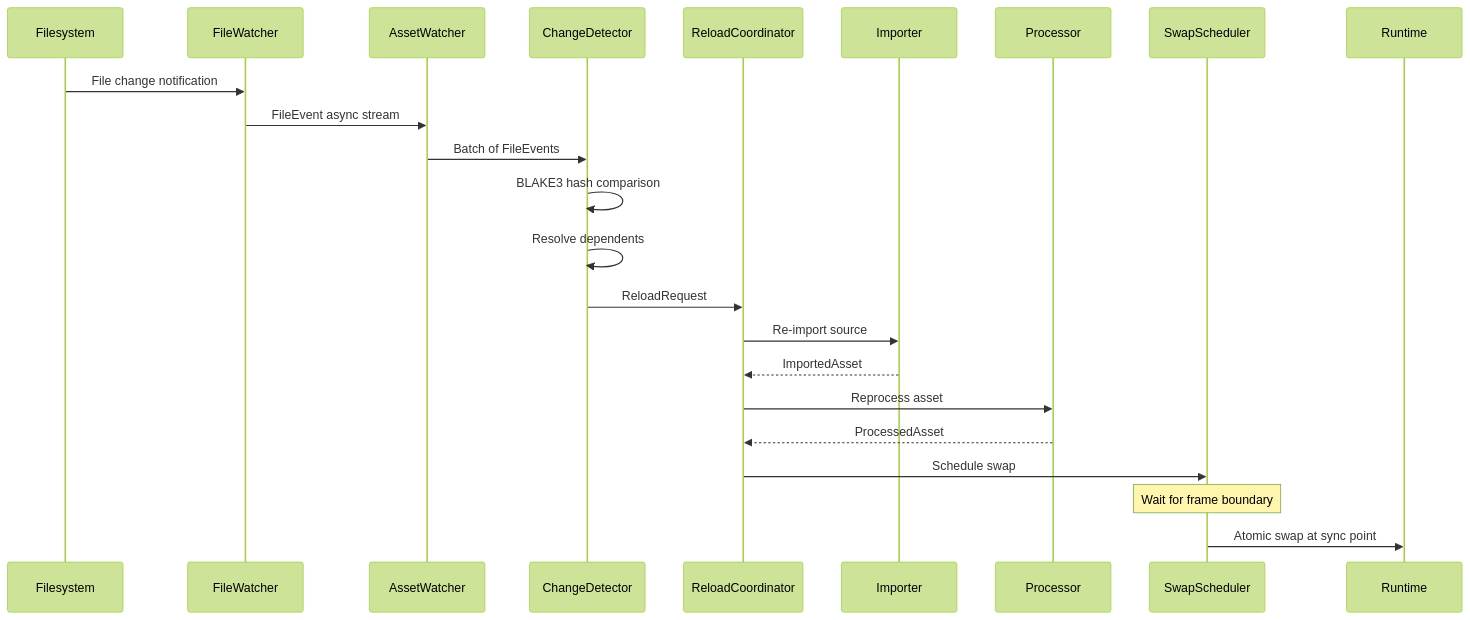
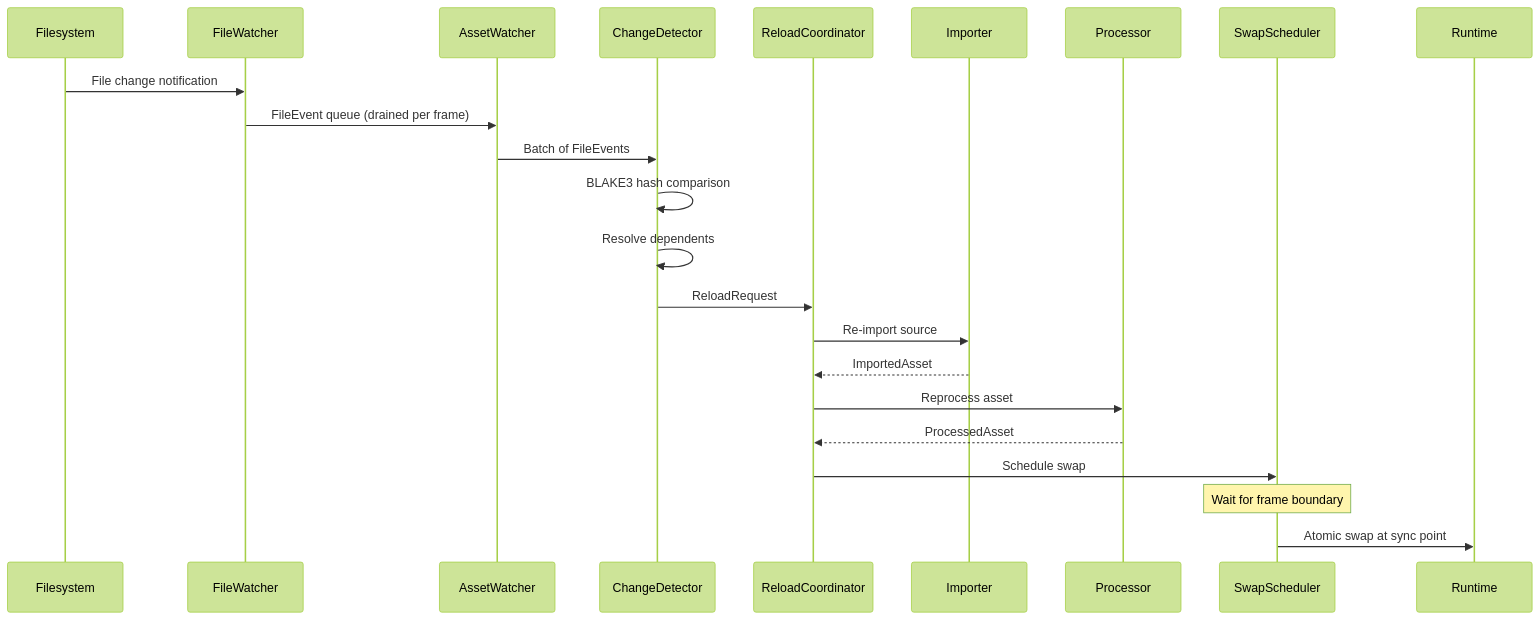
Before and after one commit to harmonius-dev/harmonius: the third of 8 diagrams in docs/design/content-pipeline/asset-pipeline.md, drawn with Mermaid (forest theme). The commit also changed other lines of this file and 143 other files, not shown here.

````diff
--- a/docs/design/content-pipeline/asset-pipeline.md
+++ b/docs/design/content-pipeline/asset-pipeline.md
@@ -280,28 +288,28 @@
 ```mermaid
 sequenceDiagram
     participant FS as Filesystem
     participant FW as FileWatcher
     participant AW as AssetWatcher
     participant CD as ChangeDetector
     participant RC as ReloadCoordinator
     participant IM as Importer
     participant PR as Processor
     participant SS as SwapScheduler
     participant RT as Runtime
 
     FS->>FW: File change notification
-    FW->>AW: FileEvent async stream
+    FW->>AW: FileEvent queue (drained per frame)
     AW->>CD: Batch of FileEvents
     CD->>CD: BLAKE3 hash comparison
     CD->>CD: Resolve dependents
     CD->>RC: ReloadRequest
 
     RC->>IM: Re-import source
     IM-->>RC: ImportedAsset
     RC->>PR: Reprocess asset
     PR-->>RC: ProcessedAsset
 
     RC->>SS: Schedule swap
     Note over SS: Wait for frame boundary
     SS->>RT: Atomic swap at sync point
 ```
````
